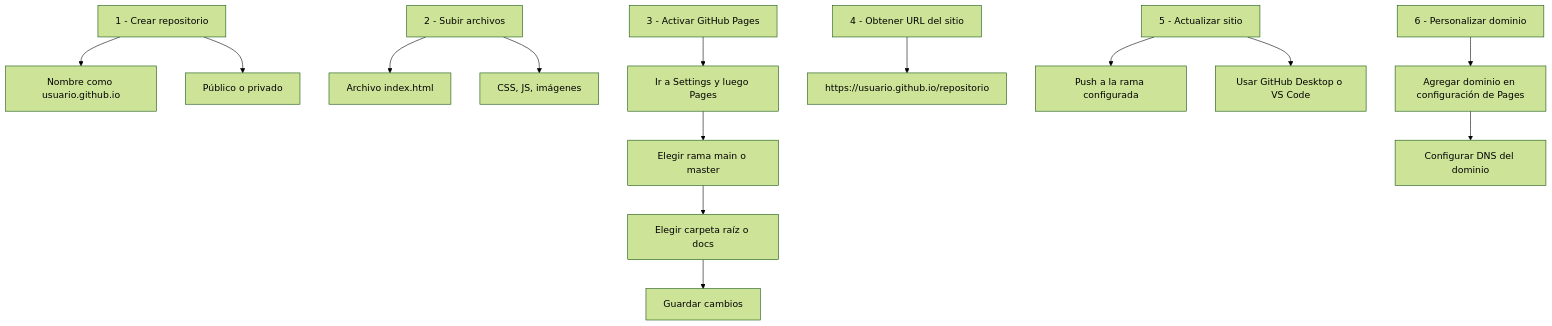
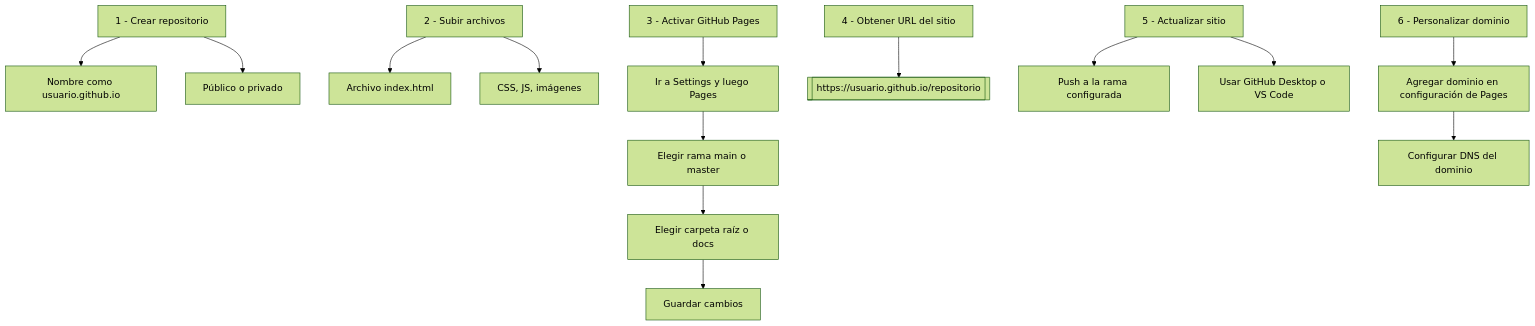
The diagram in readme.md (bruveping/DesarrollosP5), drawn with Mermaid (forest theme) before and after one commit.

````diff
--- a/readme.md
+++ b/readme.md
@@ -56,21 +56,21 @@
 ```mermaid
 graph TD
     A[1 - Crear repositorio] --> A1[Nombre como usuario.github.io]
     A --> A2[Público o privado]
 
     B[2 - Subir archivos] --> B1[Archivo index.html]
     B --> B2[CSS, JS, imágenes]
 
     C[3 - Activar GitHub Pages] --> C1[Ir a Settings y luego Pages]
     C1 --> C2[Elegir rama main o master]
     C2 --> C3[Elegir carpeta raíz o docs]
     C3 --> C4[Guardar cambios]
 
-    D[4 - Obtener URL del sitio] --> D1[https://usuario.github.io/repositorio]
+    D[4 - Obtener URL del sitio] --> D1[[https://usuario.github.io/repositorio]]
 
     E[5 - Actualizar sitio] --> E1[Push a la rama configurada]
     E --> E2[Usar GitHub Desktop o VS Code]
 
     F[6 - Personalizar dominio] --> F1[Agregar dominio en configuración de Pages]
     F1 --> F2[Configurar DNS del dominio]
 ```
````
